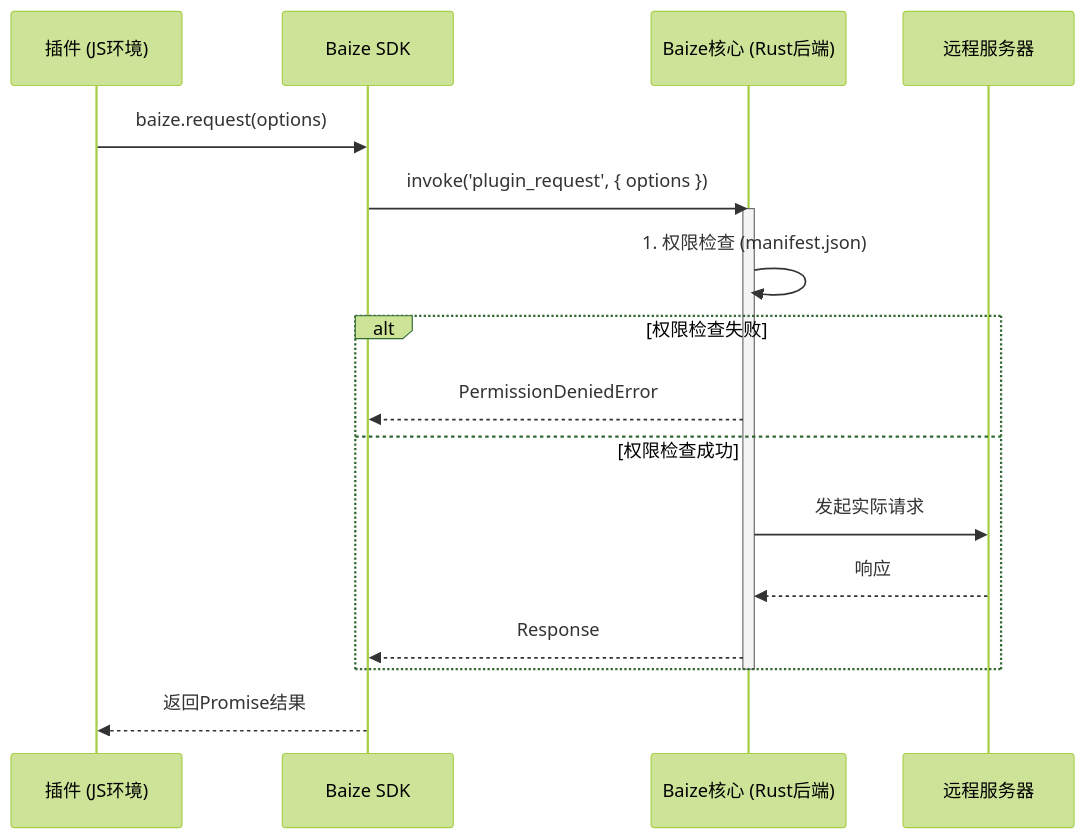
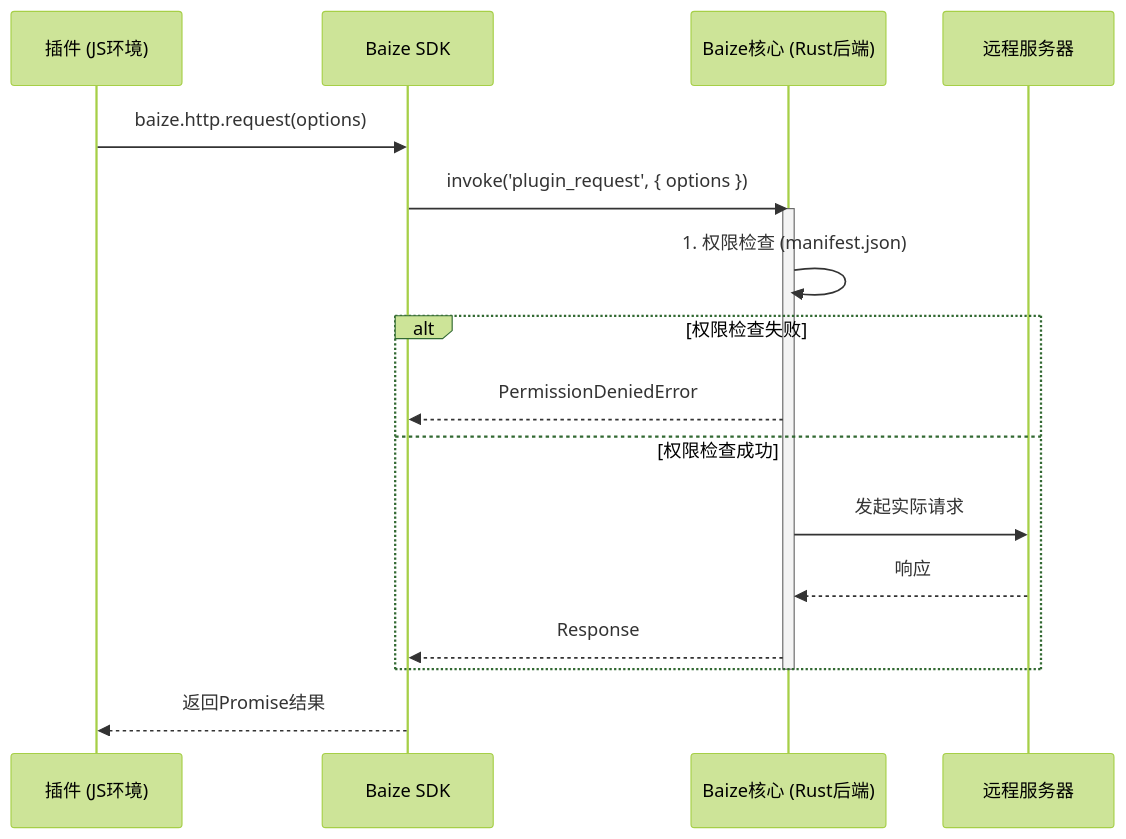
The fifth of 5 diagrams in .qoder/repowiki/zh/content/核心功能详解/插件系统架构/插件通信协议.md (Onin-app/Onin), drawn with Mermaid (forest theme) before and after one commit. The commit also changed other lines of this file and 14 other files, not shown here.

````diff
--- a/.qoder/repowiki/zh/content/核心功能详解/插件系统架构/插件通信协议.md
+++ b/.qoder/repowiki/zh/content/核心功能详解/插件系统架构/插件通信协议.md
@@ -212,20 +227,20 @@
 ```mermaid
 sequenceDiagram
 participant 插件JS as 插件 (JS环境)
 participant SDK as Baize SDK
 participant Rust as Baize核心 (Rust后端)
 participant 远程服务器 as 远程服务器
-插件JS->>SDK : baize.request(options)
+插件JS->>SDK : baize.http.request(options)
 SDK->>Rust : invoke('plugin_request', { options })
 activate Rust
 Rust->>Rust : 1. 权限检查 (manifest.json)
 alt 权限检查失败
 Rust-->>SDK : PermissionDeniedError
 else 权限检查成功
 Rust->>远程服务器 : 发起实际请求
 远程服务器-->>Rust : 响应
 Rust-->>SDK : Response
 end
 deactivate Rust
 SDK-->>插件JS : 返回Promise结果
 ```
````
